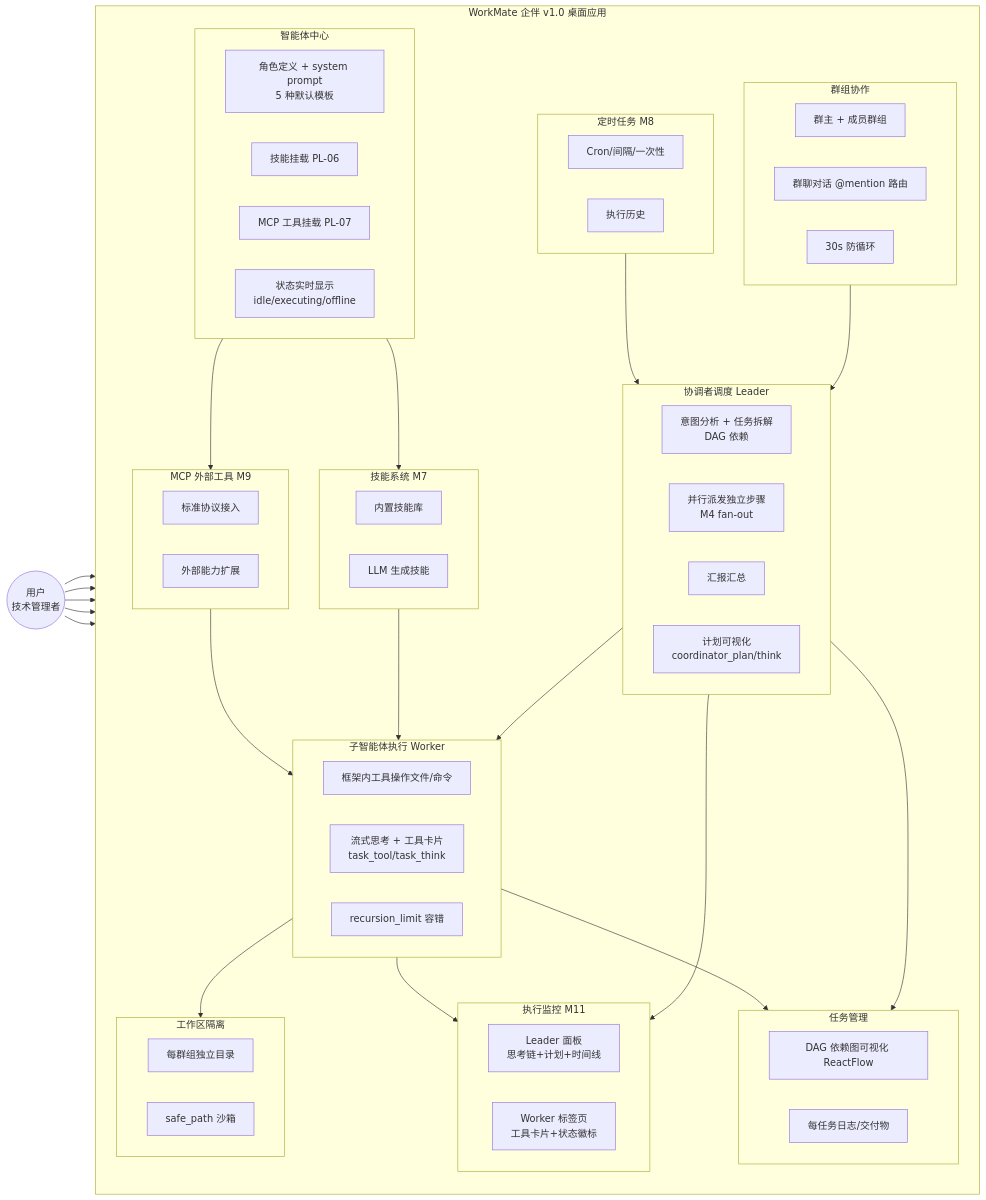
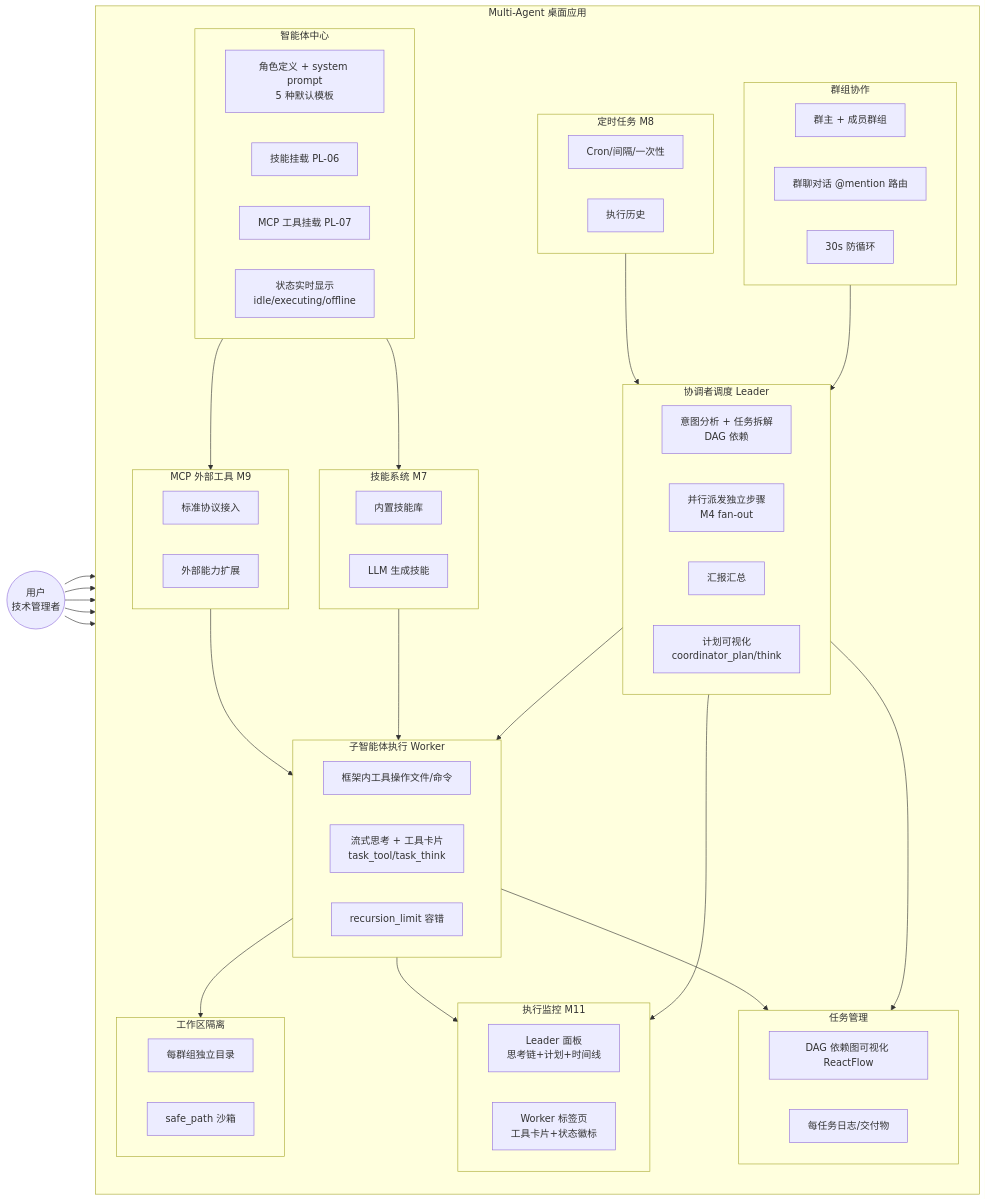
The second of 3 diagrams in README.md (free-wyq/multi-Agent), drawn with Mermaid before and after one commit. The commit also changed other lines of this file, not shown here.

First line of the commit message:
docs(README): 通读校对——项目名回归 multi-Agent、修过时技术描述、去窄化

```diff
--- a/README.md
+++ b/README.md
@@ -128,7 +128,7 @@
 graph LR
     USER(("用户<br/>技术管理者"))
 
-    subgraph APP["WorkMate 企伴 v1.0 桌面应用"]
+    subgraph APP["Multi-Agent 桌面应用"]
         direction TB
 
         subgraph M_AGENT["智能体中心"]
```
